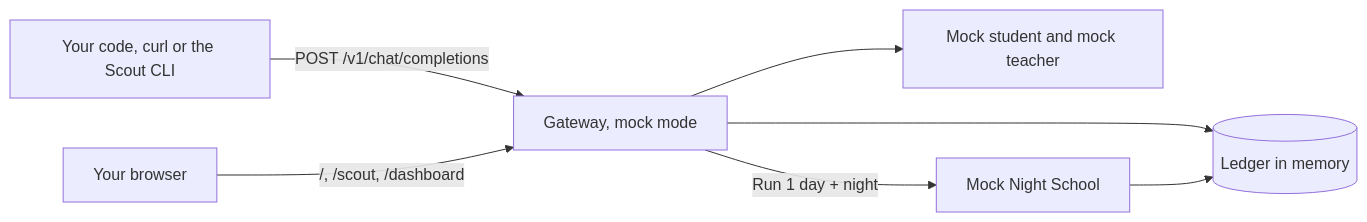
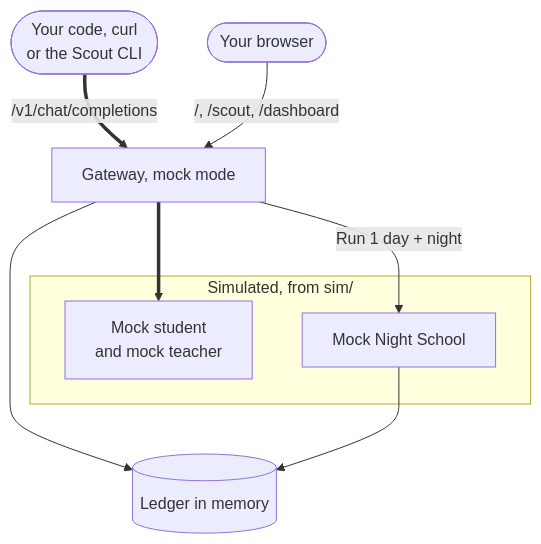
Before and after one commit to harshbhx/ratchet: the diagram in docs-site/src/content/docs/guides/quickstart.mdx, drawn with Mermaid. The commit also changed other lines of this file and 25 other files, not shown here.

````diff
--- a/docs-site/src/content/docs/guides/quickstart.mdx
+++ b/docs-site/src/content/docs/guides/quickstart.mdx
@@ -72,9 +84,15 @@
 ```mermaid
-flowchart LR
-  you["Your code, curl or the Scout CLI"] -->|"POST /v1/chat/completions"| gw["Gateway, mock mode"]
-  browser["Your browser"] -->|"/, /scout, /dashboard"| gw
-  gw --> fleet["Mock student and mock teacher"]
+flowchart TB
+  you(["Your code, curl<br/>or the Scout CLI"]) ==>|"/v1/chat/completions"| gw["Gateway, mock mode"]
+  browser(["Your browser"]) -->|"/, /scout, /dashboard"| gw
+  subgraph sim["Simulated, from sim/"]
+    fleet["Mock student<br/>and mock teacher"]
+    night["Mock Night School"]
+  end
+  gw ==> fleet
+  gw -->|"Run 1 day + night"| night
   gw --> ledger[("Ledger in memory")]
-  gw -->|"Run 1 day + night"| night["Mock Night School"]
   night --> ledger
+  class ledger store
+  class sim outlineZone
 ```
````
